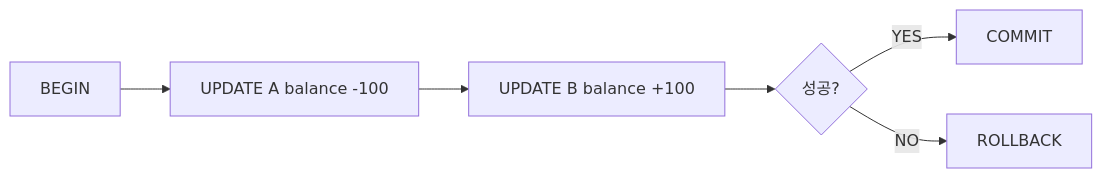
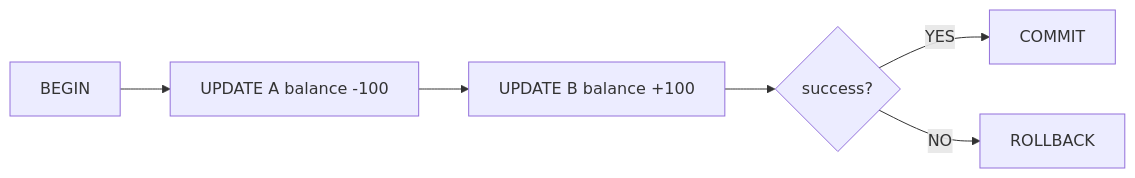
One commit to yeongseon-books/book-content changed the diagram in content/database-systems-101/ko/05-transactions-and-acid.md. Above: the diagram before and after it, drawn with Mermaid. The commit also changed other lines of this file and 9 other files, not shown here.

````diff
--- a/content/database-systems-101/ko/05-transactions-and-acid.md
+++ b/content/database-systems-101/ko/05-transactions-and-acid.md
@@ -36,8 +56,8 @@
 ```mermaid
 flowchart LR
     A["BEGIN"] --> B["UPDATE A balance -100"]
     B --> C["UPDATE B balance +100"]
-    C --> D{"성공?"}
+    C --> D{"success?"}
     D -->|"YES"| E["COMMIT"]
     D -->|"NO"| F["ROLLBACK"]
 ```
````
